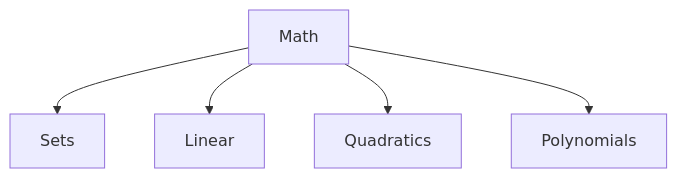
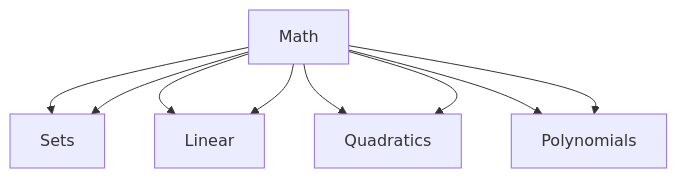
Before and after one commit to ccmas88/Hello-World: the diagram in README.md, drawn with Mermaid.

````diff
--- a/README.md
+++ b/README.md
@@ -6,7 +6,11 @@
 ```mermaid
 graph TD;
     Math-->Sets;
     Math-->Linear;
     Math-->Quadratics;
     Math-->Polynomials;
+    Math-->Sets;
+    Math-->Linear;
+    Math-->Quadratics;
+    Math-->Polynomials;
 ```
````
